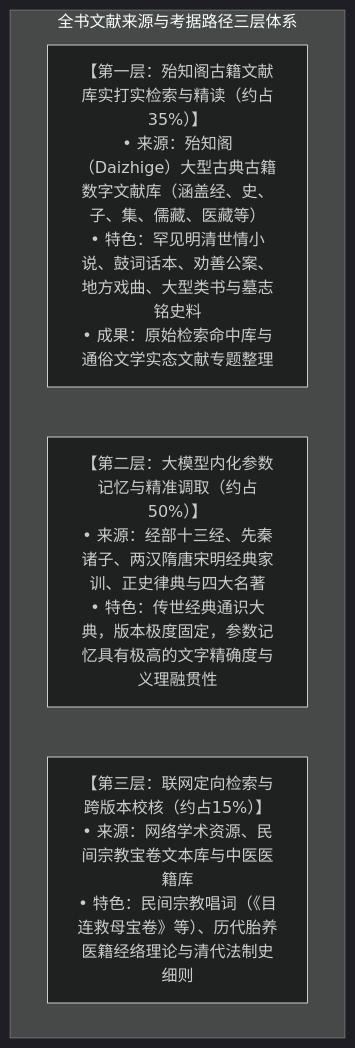
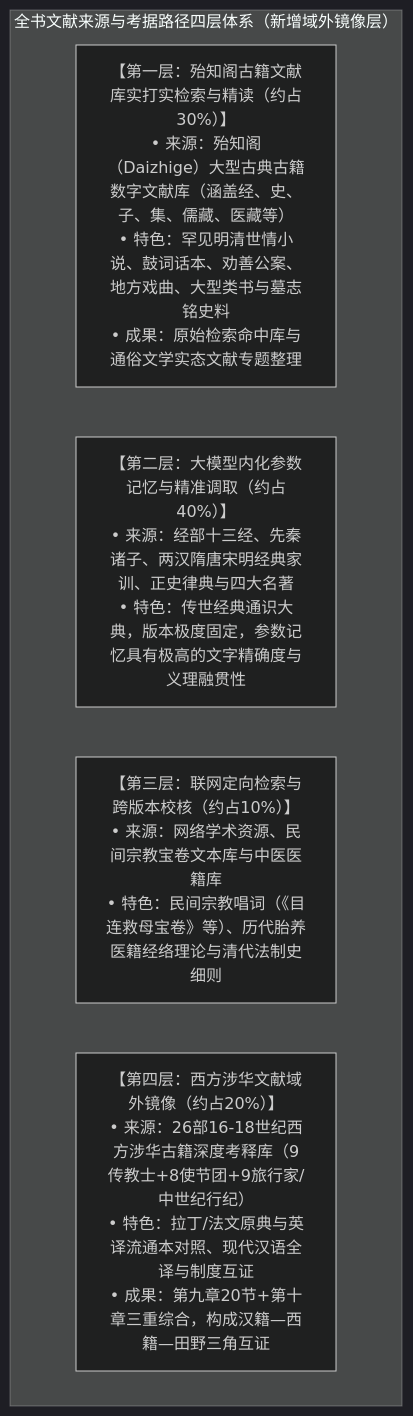
Before and after one commit to siying/aiarticles: the third of 3 diagrams in articles/古代育儿观念研究.md, drawn with Mermaid (dark theme). The commit also changed other lines of this file, not shown here.

````diff
--- a/articles/古代育儿观念研究.md
+++ b/articles/古代育儿观念研究.md
@@ -1661,10 +2077,12 @@
 ```mermaid
 graph TD
-    subgraph "全书文献来源与考据路径三层体系"
-        L1["【第一层：殆知阁古籍文献库实打实检索与精读（约占35%）】<br/>• 来源：殆知阁（Daizhige）大型古典古籍数字文献库（涵盖经、史、子、集、儒藏、医藏等）<br/>• 特色：罕见明清世情小说、鼓词话本、劝善公案、地方戏曲、大型类书与墓志铭史料<br/>• 成果：原始检索命中库与通俗文学实态文献专题整理"]
+    subgraph "全书文献来源与考据路径四层体系（新增域外镜像层）"
+        L1["【第一层：殆知阁古籍文献库实打实检索与精读（约占30%）】<br/>• 来源：殆知阁（Daizhige）大型古典古籍数字文献库（涵盖经、史、子、集、儒藏、医藏等）<br/>• 特色：罕见明清世情小说、鼓词话本、劝善公案、地方戏曲、大型类书与墓志铭史料<br/>• 成果：原始检索命中库与通俗文学实态文献专题整理"]
 
-        L2["【第二层：大模型内化参数记忆与精准调取（约占50%）】<br/>• 来源：经部十三经、先秦诸子、两汉隋唐宋明经典家训、正史律典与四大名著<br/>• 特色：传世经典通识大典，版本极度固定，参数记忆具有极高的文字精确度与义理融贯性"]
+        L2["【第二层：大模型内化参数记忆与精准调取（约占40%）】<br/>• 来源：经部十三经、先秦诸子、两汉隋唐宋明经典家训、正史律典与四大名著<br/>• 特色：传世经典通识大典，版本极度固定，参数记忆具有极高的文字精确度与义理融贯性"]
 
-        L3["【第三层：联网定向检索与跨版本校核（约占15%）】<br/>• 来源：网络学术资源、民间宗教宝卷文本库与中医医籍库<br/>• 特色：民间宗教唱词（《目连救母宝卷》等）、历代胎养医籍经络理论与清代法制史细则"]
+        L3["【第三层：联网定向检索与跨版本校核（约占10%）】<br/>• 来源：网络学术资源、民间宗教宝卷文本库与中医医籍库<br/>• 特色：民间宗教唱词（《目连救母宝卷》等）、历代胎养医籍经络理论与清代法制史细则"]
+
+        L4["【第四层：西方涉华文献域外镜像（约占20%）】<br/>• 来源：26部16-18世纪西方涉华古籍深度考释库（9传教士+8使节团+9旅行家/中世纪行纪）<br/>• 特色：拉丁/法文原典与英译流通本对照、现代汉语全译与制度互证<br/>• 成果：第九章20节+第十章三重综合，构成汉籍—西籍—田野三角互证"]
     end
 ```
````
